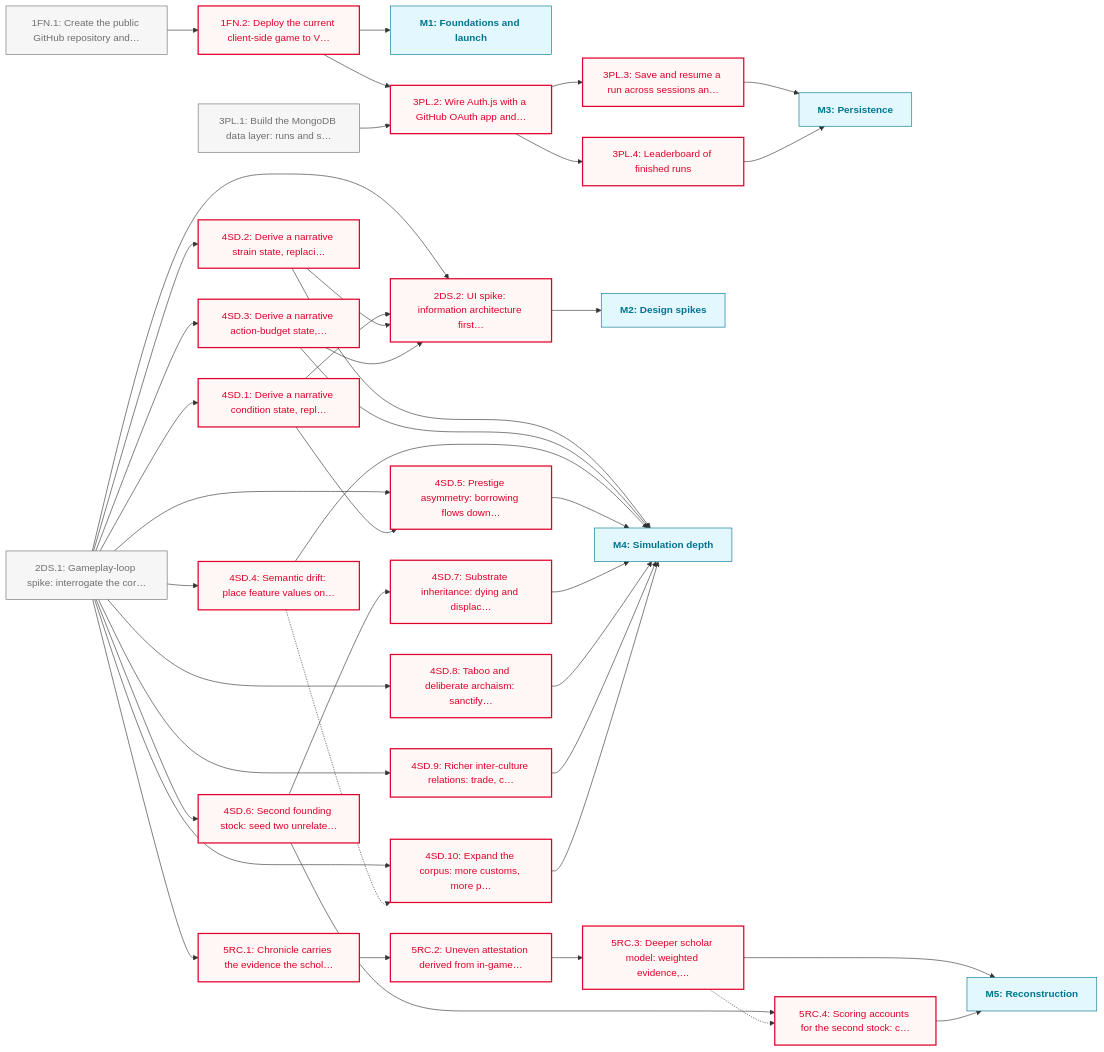
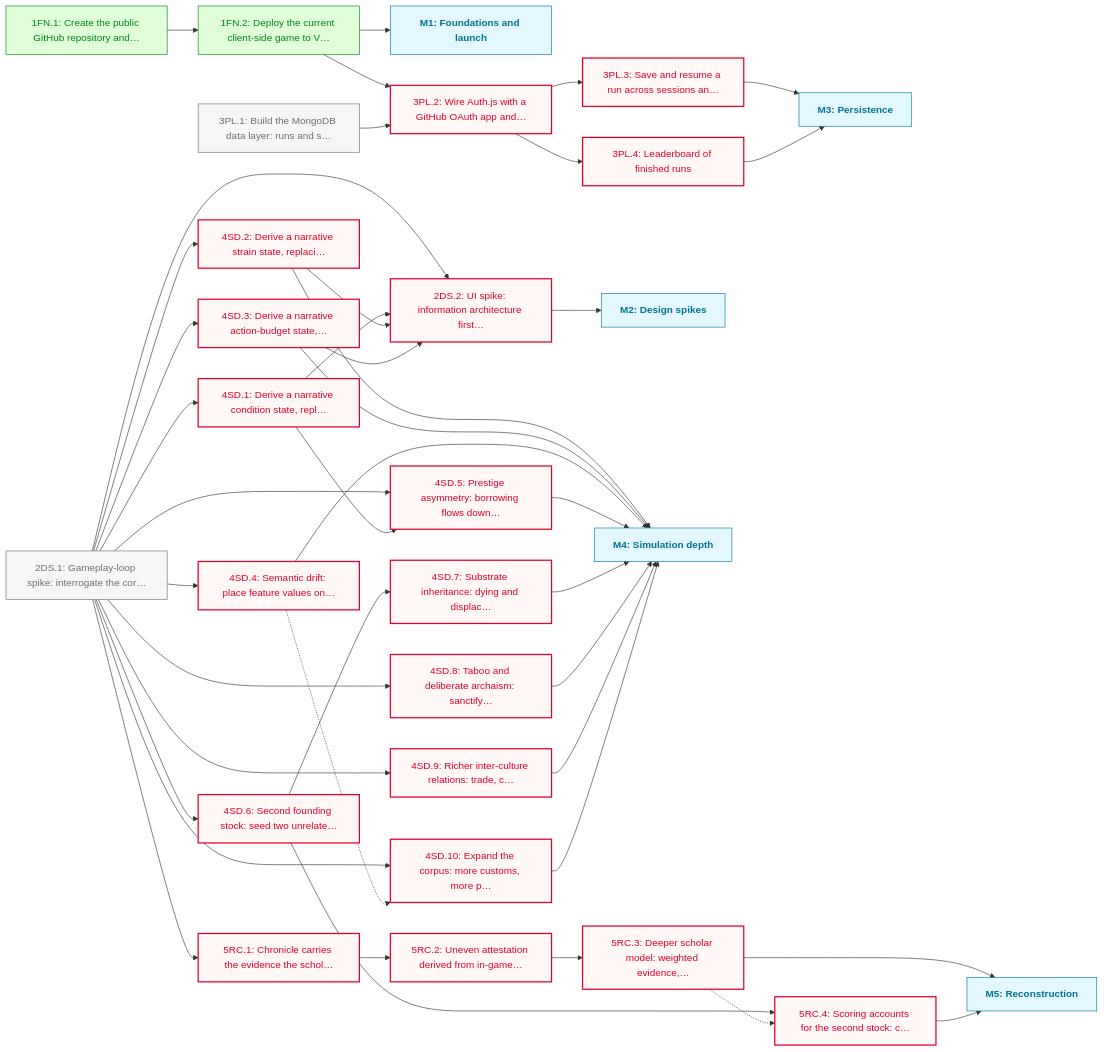
Before and after one commit to JasonWarrenUK/urheimat: the diagram in docs/roadmaps/PHASE_1.md, drawn with Mermaid. The commit also changed other lines of this file and 1 other file, not shown here.

First line of the commit message:
docs: sync PHASE_1.md with roadmaps.json

````diff
--- a/docs/roadmaps/PHASE_1.md
+++ b/docs/roadmaps/PHASE_1.md
@@ -85,80 +86,81 @@
 ```mermaid
 graph LR
 	classDef todo fill:#f6f6f6,stroke:#6f6f6f,color:#6f6f6f
 	classDef blocked fill:#fff8f6,stroke:#e0002b,color:#e0002b,stroke-width:2px
 	classDef paused fill:#fdf4ff,stroke:#b01fe3,color:#b01fe3,stroke-dasharray:4 3
 	classDef deferred fill:#fff8f3,stroke:#ac5c00,color:#ac5c00,stroke-dasharray:2 4,font-style:italic
 	classDef done fill:#e0ffd9,stroke:#008217,color:#008217
 	classDef outOfScope fill:#f6f6f6,stroke:#e2e2e2,color:#e2e2e2,stroke-dasharray:2 2
 	classDef mile fill:#e3f7ff,stroke:#007590,color:#007590,font-weight:bold
 	classDef external fill:#fff9e5,stroke:#7d6f00,color:#7d6f00,stroke-dasharray:4 3,font-style:italic
 	1FN.1["1FN.1: Create the public GitHub repository and…"]
 	1FN.2["1FN.2: Deploy the current client-side game to V…"]
 	M1["M1: Foundations and launch"]:::mile
 	2DS.1["2DS.1: Gameplay-loop spike: interrogate the cor…"]
 	3PL.1["3PL.1: Build the MongoDB data layer: runs and s…"]
 	3PL.2["3PL.2: Wire Auth.js with a GitHub OAuth app and…"]
 	3PL.3["3PL.3: Save and resume a run across sessions an…"]
 	3PL.4["3PL.4: Leaderboard of finished runs"]
 	M3["M3: Persistence"]:::mile
 	4SD.1["4SD.1: Derive a narrative condition state, repl…"]
 	4SD.2["4SD.2: Derive a narrative strain state, replaci…"]
 	4SD.3["4SD.3: Derive a narrative action-budget state,…"]
 	2DS.2["2DS.2: UI spike: information architecture first…"]
 	M2["M2: Design spikes"]:::mile
 	4SD.4["4SD.4: Semantic drift: place feature values on…"]
 	4SD.5["4SD.5: Prestige asymmetry: borrowing flows down…"]
 	4SD.6["4SD.6: Second founding stock: seed two unrelate…"]
 	4SD.7["4SD.7: Substrate inheritance: dying and displac…"]
 	4SD.8["4SD.8: Taboo and deliberate archaism: sanctify…"]
 	4SD.9["4SD.9: Richer inter-culture relations: trade, c…"]
 	4SD.10["4SD.10: Expand the corpus: more customs, more p…"]
 	M4["M4: Simulation depth"]:::mile
 	5RC.1["5RC.1: Chronicle carries the evidence the schol…"]
 	5RC.2["5RC.2: Uneven attestation derived from in-game…"]
 	5RC.3["5RC.3: Deeper scholar model: weighted evidence,…"]
 	5RC.4["5RC.4: Scoring accounts for the second stock: c…"]
 	M5["M5: Reconstruction"]:::mile
 	1FN.1 --> 1FN.2
 	1FN.2 --> M1
 	1FN.2 --> 3PL.2
 	2DS.1 --> 4SD.1
 	2DS.1 --> 4SD.2
 	2DS.1 --> 4SD.3
 	2DS.1 --> 2DS.2
 	2DS.1 --> 4SD.4
 	2DS.1 --> 4SD.5
 	2DS.1 --> 4SD.6
 	2DS.1 --> 4SD.8
 	2DS.1 --> 4SD.9
 	2DS.1 --> 4SD.10
 	2DS.1 --> 5RC.1
 	3PL.1 --> 3PL.2
 	3PL.2 --> 3PL.3
 	3PL.2 --> 3PL.4
 	3PL.3 --> M3
 	3PL.4 --> M3
 	4SD.1 --> 2DS.2
 	4SD.1 --> 4SD.5
 	4SD.2 --> 2DS.2
 	4SD.2 --> M4
 	4SD.3 --> 2DS.2
 	4SD.3 --> M4
 	2DS.2 --> M2
 	4SD.4 -.-> 4SD.10
 	4SD.4 --> M4
 	4SD.5 --> M4
 	4SD.6 --> 4SD.7
 	4SD.6 --> 5RC.4
 	4SD.7 --> M4
 	4SD.8 --> M4
 	4SD.9 --> M4
 	4SD.10 --> M4
 	5RC.1 --> 5RC.2
 	5RC.2 --> 5RC.3
 	5RC.3 -.-> 5RC.4
 	5RC.3 --> M5
 	5RC.4 --> M5
-	class 1FN.1,2DS.1,3PL.1 todo
-	class 1FN.2,2DS.2,3PL.2,3PL.3,3PL.4,4SD.1,4SD.10,4SD.2,4SD.3,4SD.4,4SD.5,4SD.6,4SD.7,4SD.8,4SD.9,5RC.1,5RC.2,5RC.3,5RC.4 blocked
+	class 2DS.1,3PL.1 todo
+	class 2DS.2,3PL.2,3PL.3,3PL.4,4SD.1,4SD.10,4SD.2,4SD.3,4SD.4,4SD.5,4SD.6,4SD.7,4SD.8,4SD.9,5RC.1,5RC.2,5RC.3,5RC.4 blocked
+	class 1FN.1,1FN.2 done
 ```
````
